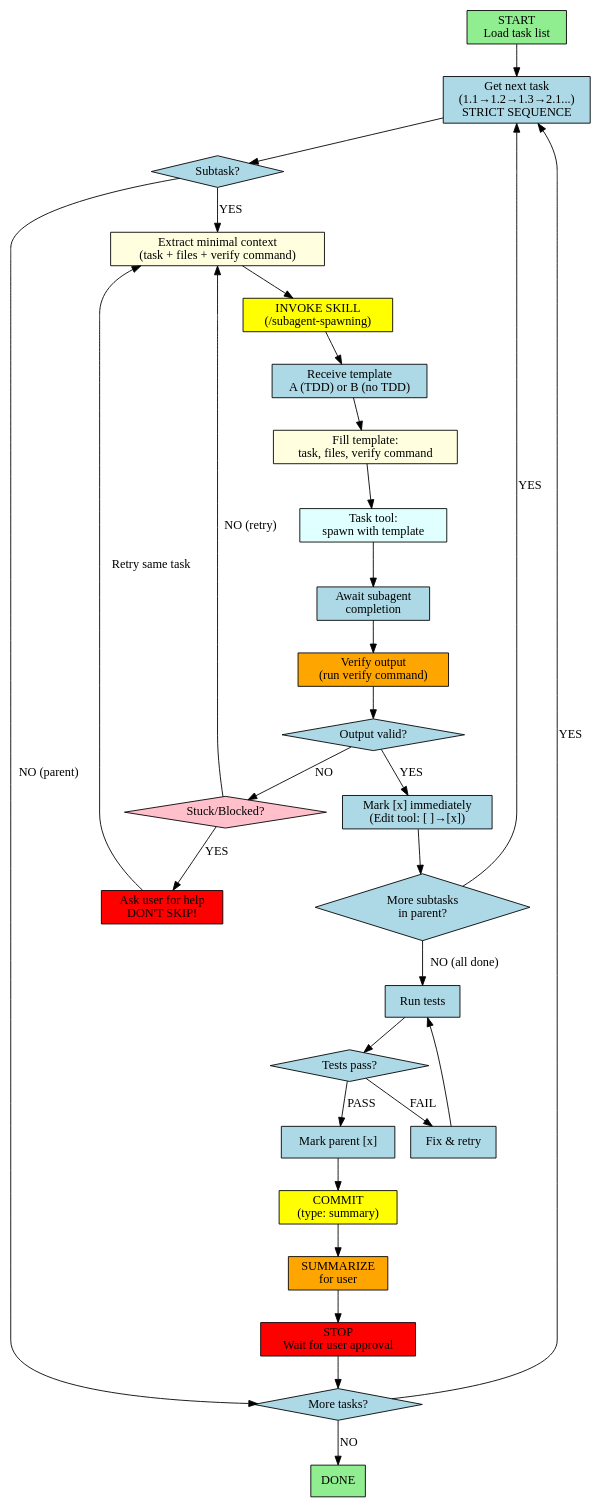
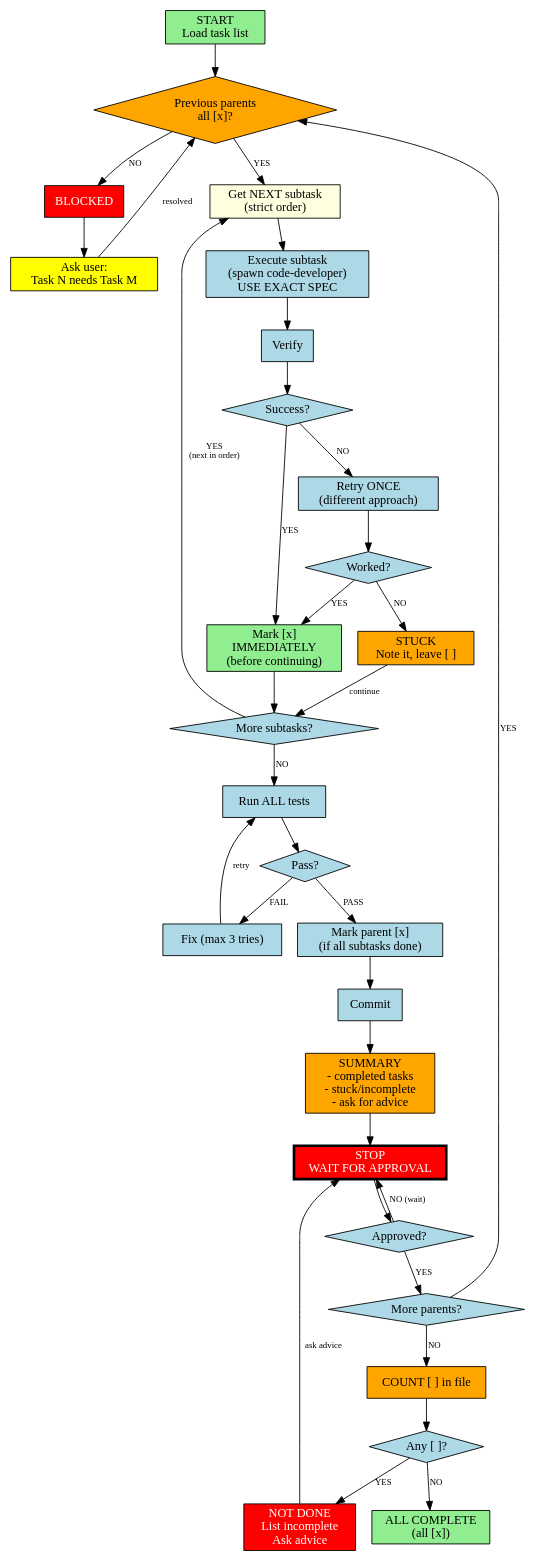
One commit to amrhas82/agentic-toolkit changed the diagram in ai/subagentic/ampcode/agents/3-process-task-list.md. Above: the diagram before and after it, drawn with Graphviz. The commit also changed other lines of this file and 21 other files, not shown here.

First line of the commit message:
refactor: remove subagent-spawning skill, update counts from 21 to 20

````diff
--- a/ai/subagentic/ampcode/agents/3-process-task-list.md
+++ b/ai/subagentic/ampcode/agents/3-process-task-list.md
@@ -26,60 +32,96 @@
 digraph ProcessTaskList {
   rankdir=TB;
   node [shape=box, style=filled, fillcolor=lightblue];
+  edge [fontsize=10];
 
+  // Start
   start [label="START\nLoad task list", fillcolor=lightgreen];
-  get_next [label="Get next task\n(1.1→1.2→1.3→2.1...)\nSTRICT SEQUENCE"];
-  is_subtask [label="Subtask?", shape=diamond];
-  extract_context [label="Extract minimal context\n(task + files + verify command)", fillcolor=lightyellow];
-  invoke_skill [label="INVOKE SKILL\n(/subagent-spawning)", fillcolor=yellow];
-  get_template [label="Receive template\nA (TDD) or B (no TDD)"];
-  fill_template [label="Fill template:\ntask, files, verify command", fillcolor=lightyellow];
-  spawn_task [label="Task tool:\nspawn with template", fillcolor=lightcyan];
-  await_result [label="Await subagent\ncompletion"];
-  verify_output [label="Verify output\n(run verify command)", fillcolor=orange];
-  output_valid [label="Output valid?", shape=diamond];
-  stuck [label="Stuck/Blocked?", shape=diamond, fillcolor=pink];
-  ask_help [label="Ask user for help\nDON'T SKIP!", fillcolor=red];
-  mark_subtask [label="Mark [x] immediately\n(Edit tool: [ ]→[x])"];
-  more_subtasks [label="More subtasks\nin parent?", shape=diamond];
-  run_tests [label="Run tests"];
-  tests_pass [label="Tests pass?", shape=diamond];
-  fix_tests [label="Fix & retry"];
-  mark_parent [label="Mark parent [x]"];
-  commit [label="COMMIT\n(type: summary)", fillcolor=yellow];
-  summarize [label="SUMMARIZE\nfor user", fillcolor=orange];
-  wait_approval [label="STOP\nWait for user approval", fillcolor=red];
-  more_tasks [label="More tasks?", shape=diamond];
-  done [label="DONE", fillcolor=lightgreen];
 
-  start -> get_next;
-  get_next -> is_subtask;
-  is_subtask -> extract_context [label="YES"];
-  is_subtask -> more_tasks [label="NO (parent)"];
-  extract_context -> invoke_skill;
-  invoke_skill -> get_template;
-  get_template -> fill_template;
-  fill_template -> spawn_task;
-  spawn_task -> await_result;
-  await_result -> verify_output;
-  verify_output -> output_valid;
-  output_valid -> stuck [label="NO"];
-  output_valid -> mark_subtask [label="YES"];
-  stuck -> ask_help [label="YES"];
-  stuck -> extract_context [label="NO (retry)"];
-  ask_help -> extract_context [label="Retry same task"];
-  mark_subtask -> more_subtasks;
-  more_subtasks -> get_next [label="YES"];
-  more_subtasks -> run_tests [label="NO (all done)"];
+  // Dependency check
+  check_prev [label="Previous parents\nall [x]?", shape=diamond, fillcolor=orange];
+  blocked [label="BLOCKED", fillcolor=red, fontcolor=white];
+  ask_blocked [label="Ask user:\nTask N needs Task M", fillcolor=yellow];
+
+  // Subtask execution (ONE AT A TIME, STRICT ORDER)
+  get_subtask [label="Get NEXT subtask\n(strict order)", fillcolor=lightyellow];
+  execute [label="Execute subtask\n(spawn code-developer)\nUSE EXACT SPEC"];
+  verify [label="Verify"];
+
+  // Success/fail paths
+  success [label="Success?", shape=diamond];
+  mark_x [label="Mark [x]\nIMMEDIATELY\n(before continuing)", fillcolor=lightgreen];
+
+  retry [label="Retry ONCE\n(different approach)"];
+  retry_ok [label="Worked?", shape=diamond];
+  stuck [label="STUCK\nNote it, leave [ ]", fillcolor=orange];
+
+  // Continue check
+  more_subtasks [label="More subtasks?", shape=diamond];
+
+  // Parent completion
+  run_tests [label="Run ALL tests"];
+  tests_pass [label="Pass?", shape=diamond];
+  fix_tests [label="Fix (max 3 tries)"];
+  mark_parent [label="Mark parent [x]\n(if all subtasks done)"];
+  commit [label="Commit"];
+
+  // STOP GATE
+  summary [label="SUMMARY\n- completed tasks\n- stuck/incomplete\n- ask for advice", fillcolor=orange];
+  stop [label="STOP\nWAIT FOR APPROVAL", fillcolor=red, fontcolor=white, penwidth=3];
+  approved [label="Approved?", shape=diamond];
+
+  // More parents or done
+  more_parents [label="More parents?", shape=diamond];
+
+  // Final check
+  final_check [label="COUNT [ ] in file", fillcolor=orange];
+  any_incomplete [label="Any [ ]?", shape=diamond];
+  not_done [label="NOT DONE\nList incomplete\nAsk advice", fillcolor=red, fontcolor=white];
+  done [label="ALL COMPLETE\n(all [x])", fillcolor=lightgreen];
+
+  // Edges
+  start -> check_prev;
+
+  check_prev -> get_subtask [label="YES"];
+  check_prev -> blocked [label="NO"];
+  blocked -> ask_blocked;
+  ask_blocked -> check_prev [label="resolved"];
+
+  get_subtask -> execute;
+  execute -> verify;
+  verify -> success;
+
+  success -> mark_x [label="YES"];
+  success -> retry [label="NO"];
+
+  mark_x -> more_subtasks;
+
+  retry -> retry_ok;
+  retry_ok -> mark_x [label="YES"];
+  retry_ok -> stuck [label="NO"];
+  stuck -> more_subtasks [label="continue"];
+
+  more_subtasks -> get_subtask [label="YES\n(next in order)"];
+  more_subtasks -> run_tests [label="NO"];
+
   run_tests -> tests_pass;
   tests_pass -> fix_tests [label="FAIL"];
+  fix_tests -> run_tests [label="retry"];
   tests_pass -> mark_parent [label="PASS"];
-  fix_tests -> run_tests;
   mark_parent -> commit;
-  commit -> summarize;
-  summarize -> wait_approval;
-  wait_approval -> more_tasks;
-  more_tasks -> get_next [label="YES"];
-  more_tasks -> done [label="NO"];
+  commit -> summary;
+  summary -> stop;
+
+  stop -> approved;
+  approved -> more_parents [label="YES"];
+  approved -> stop [label="NO (wait)"];
+
+  more_parents -> check_prev [label="YES"];
+  more_parents -> final_check [label="NO"];
+
+  final_check -> any_incomplete;
+  any_incomplete -> not_done [label="YES"];
+  any_incomplete -> done [label="NO"];
+  not_done -> stop [label="ask advice"];
 }
 ```
````
